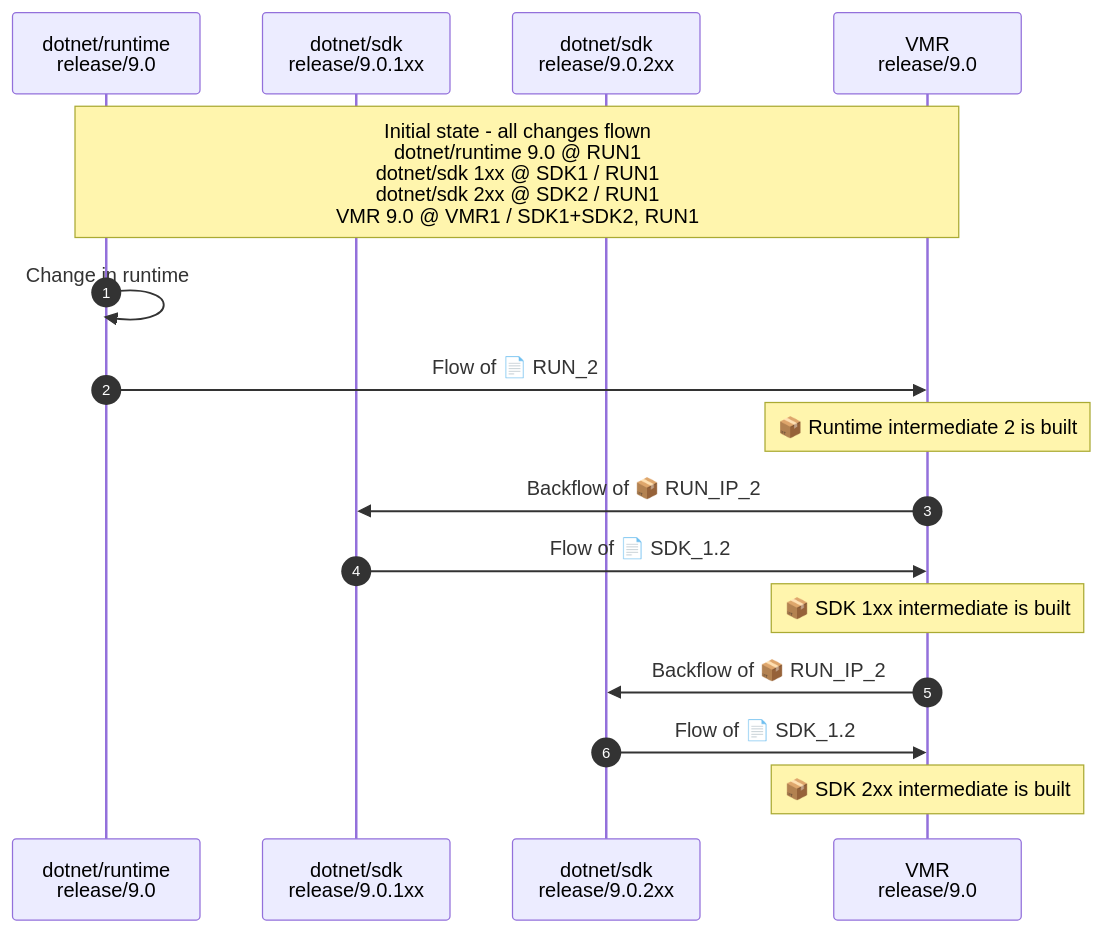
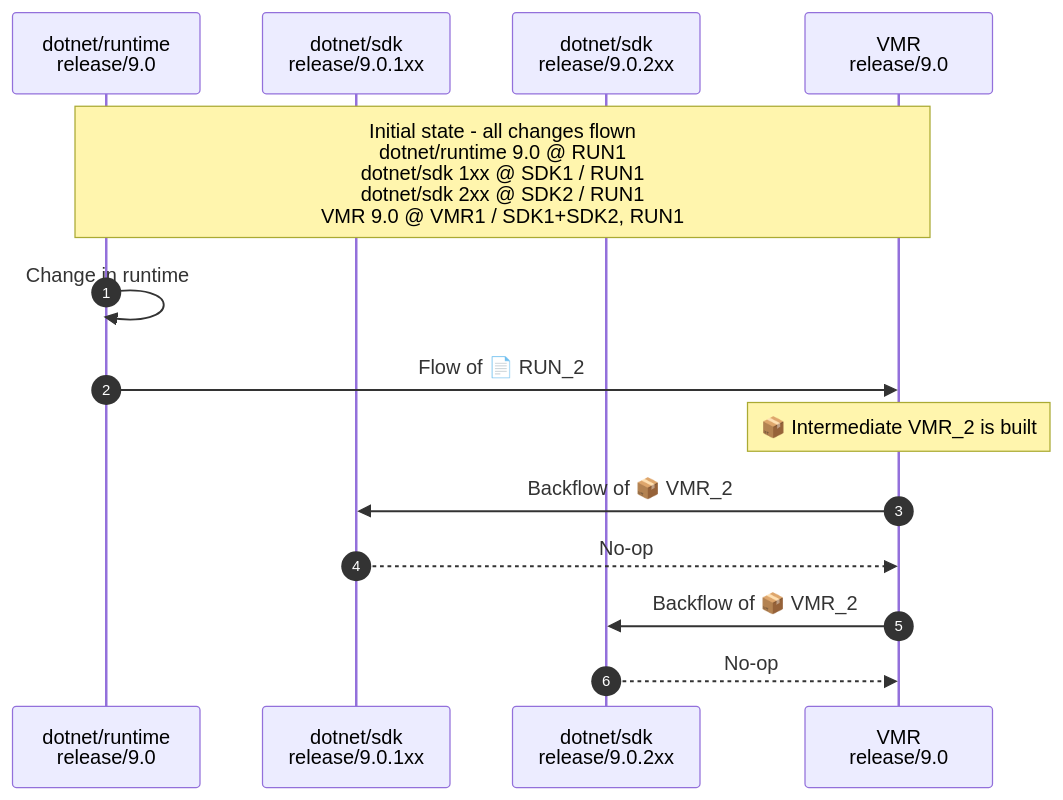
Before and after one commit to dotnet/arcade: the sixth of 8 diagrams in Documentation/UnifiedBuild/VMR-Managing-SDK-Bands.md, drawn with Mermaid. The commit also changed other lines of this file, not shown here.

Commit message:
Port new code flow diagrams

````diff
--- a/Documentation/UnifiedBuild/VMR-Managing-SDK-Bands.md
+++ b/Documentation/UnifiedBuild/VMR-Managing-SDK-Bands.md
@@ -315,21 +315,19 @@
 ```mermaid
 sequenceDiagram
     autonumber
 
     participant runtime as dotnet/runtime<br />release/9.0
     participant SDK_1xx as dotnet/sdk<br />release/9.0.1xx
     participant SDK_2xx as dotnet/sdk<br />release/9.0.2xx
     participant VMR as VMR<br />release/9.0
 
     Note over runtime, VMR: Initial state - all changes flown<br />dotnet/runtime 9.0 @ RUN1<br />dotnet/sdk 1xx @ SDK1 / RUN1<br />dotnet/sdk 2xx @ SDK2 / RUN1<br />VMR 9.0 @ VMR1 / SDK1+SDK2, RUN1
 
     runtime->>runtime: Change in runtime
     runtime->>VMR: Flow of 📄 RUN_2
-    Note over VMR: 📦 Runtime intermediate 2 is built
-    VMR->>SDK_1xx: Backflow of 📦 RUN_IP_2
-    SDK_1xx->>VMR: Flow of 📄 SDK_1.2
-    Note over VMR: 📦 SDK 1xx intermediate is built
-    VMR->>SDK_2xx: Backflow of 📦 RUN_IP_2
-    SDK_2xx->>VMR: Flow of 📄 SDK_1.2
-    Note over VMR: 📦 SDK 2xx intermediate is built
+    Note over VMR: 📦 Intermediate VMR_2 is built
+    VMR->>SDK_1xx: Backflow of 📦 VMR_2
+    SDK_1xx-->>VMR: No-op
+    VMR->>SDK_2xx: Backflow of 📦 VMR_2
+    SDK_2xx-->>VMR: No-op
 ```
````
